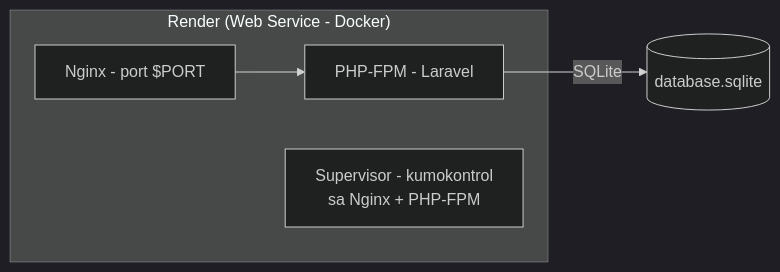
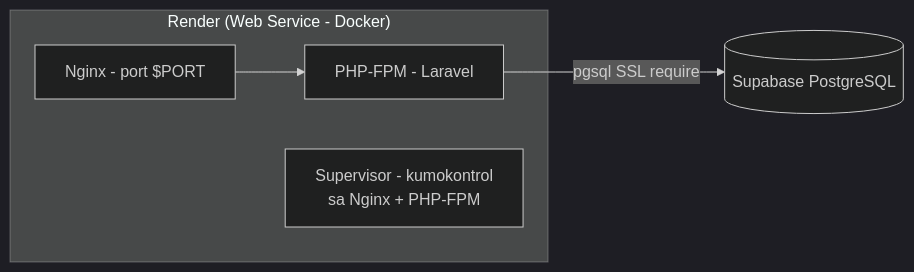
One commit to jerowm098/Smart-Stock changed the diagram in DEPLOYMENT.md. Above: the diagram before and after it, drawn with Mermaid (dark theme). The commit also changed other lines of this file and 13 other files, not shown here.

Commit message:
Refactor: switch database to Supabase PostgreSQL, update configurations and backup processes

````diff
--- a/DEPLOYMENT.md
+++ b/DEPLOYMENT.md
@@ -10,8 +10,8 @@
 ```mermaid
 flowchart LR
     subgraph "Render (Web Service - Docker)"
         N[Nginx - port $PORT] --> F[PHP-FPM - Laravel]
         S[Supervisor - kumokontrol<br/>sa Nginx + PHP-FPM]
     end
-    F -->|SQLite| DB[(database.sqlite)]
+    F -->|pgsql SSL require| DB[(Supabase PostgreSQL)]
 ```
````
